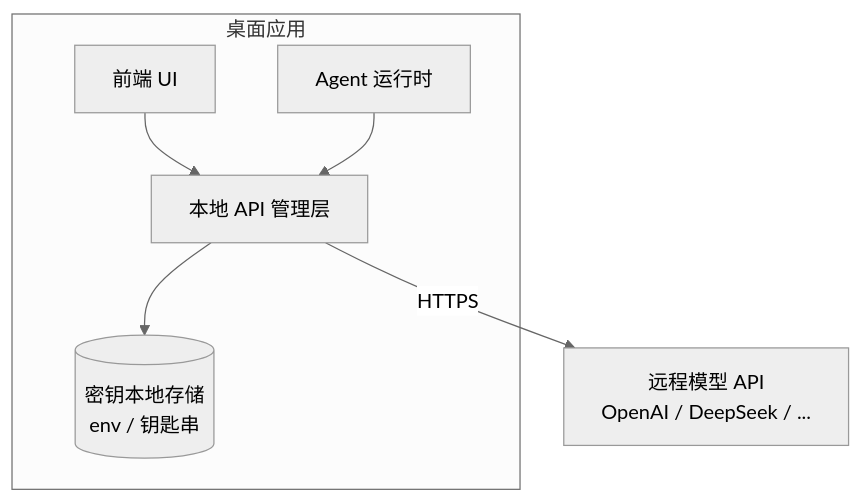
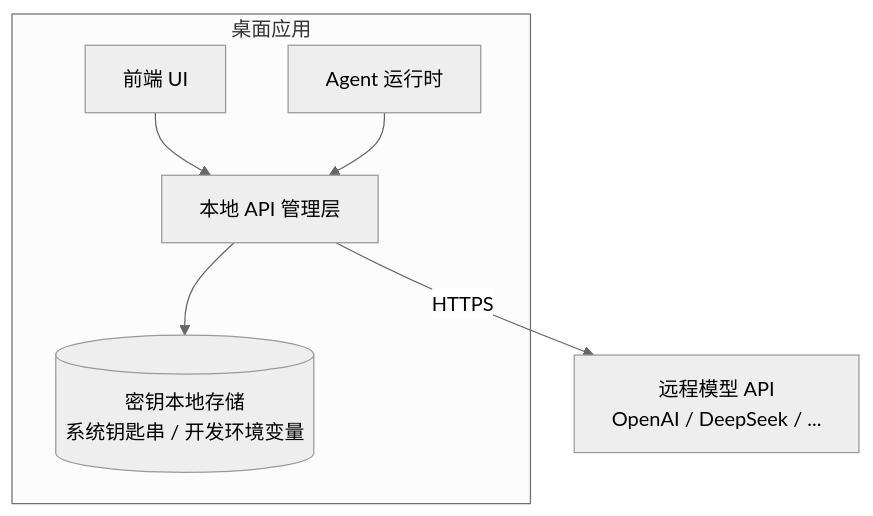
The diagram in docs/architecture/model-access.md (haha-ha-cuo/AuroraAgent-demo), drawn with Mermaid (neutral theme) before and after one commit. The commit also changed other lines of this file and 87 other files, not shown here.

Commit message:
Refactor agent architecture and frontend structure

````diff
--- a/docs/architecture/model-access.md
+++ b/docs/architecture/model-access.md
@@ -27,9 +27,9 @@
 ```mermaid
 flowchart TB
     subgraph App[桌面应用]
         UI[前端 UI] --> API[本地 API 管理层]
         Agent[Agent 运行时] --> API
-        API --> KeyStore[(密钥本地存储<br/>env / 钥匙串)]
+        API --> KeyStore[(密钥本地存储<br/>系统钥匙串 / 开发环境变量)]
     end
     API -->|HTTPS| Remote[远程模型 API<br/>OpenAI / DeepSeek / ...]
 ```
````
